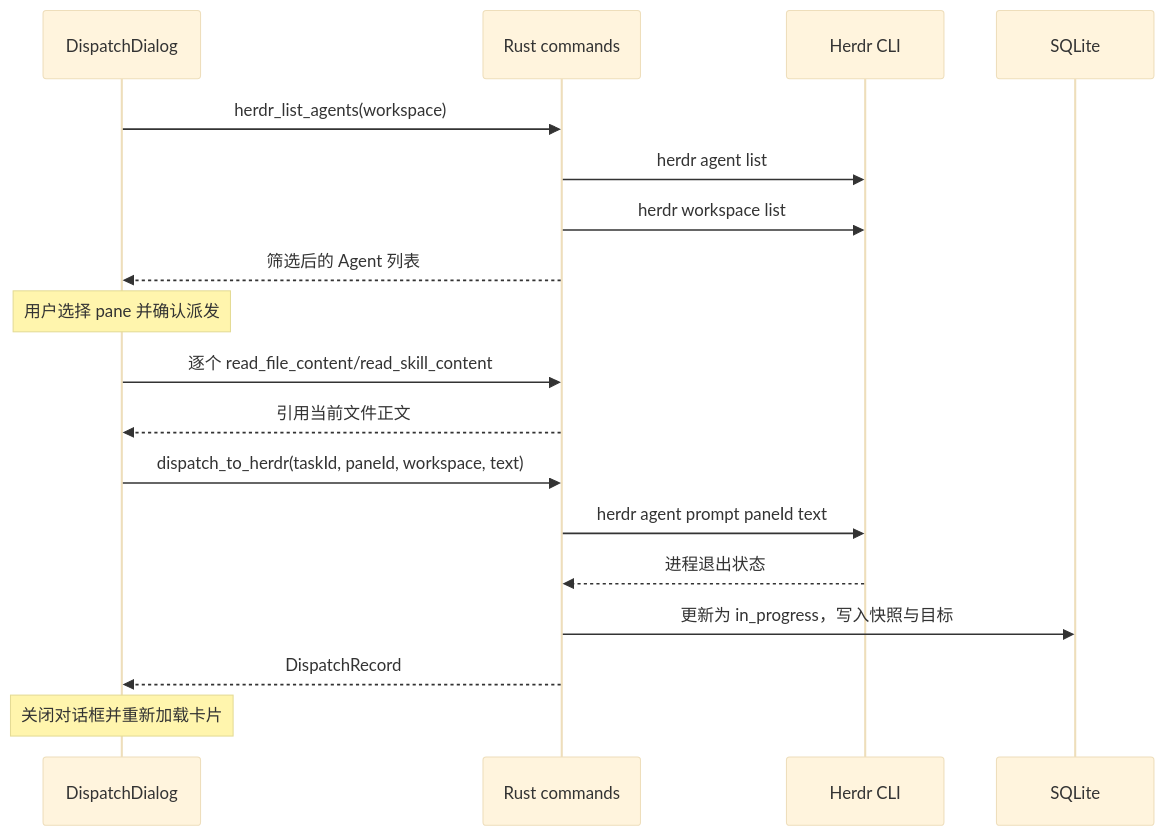
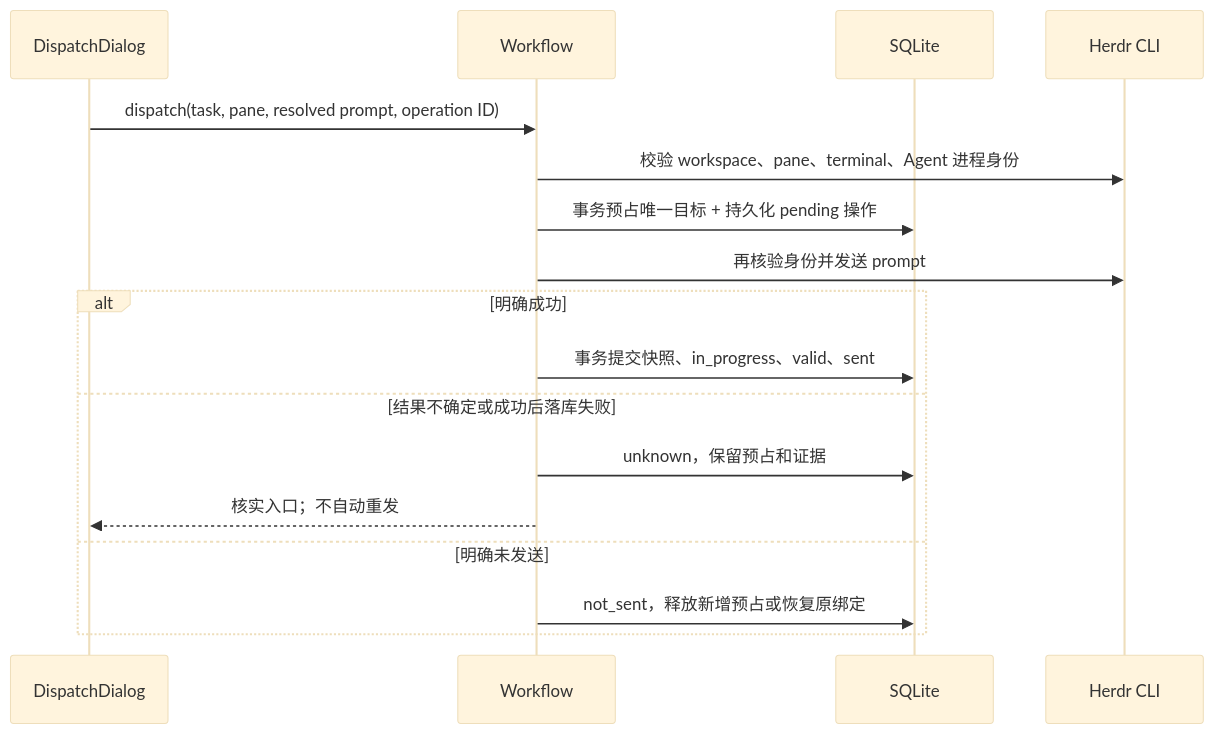
One commit to legendxcheng/ContextSwitcher changed the third of 3 diagrams in kanban_code_structure.md. Above: the diagram before and after it, drawn with Mermaid (base theme). The commit also changed other lines of this file and 29 other files, not shown here.

Commit message:
feat(kanban): bind tasks to exclusive Herdr panes and embed live terminal

````diff
--- a/kanban_code_structure.md
+++ b/kanban_code_structure.md
@@ -273,20 +295,19 @@
 ```mermaid
 sequenceDiagram
     participant UI as DispatchDialog
-    participant R as Rust commands
+    participant W as Workflow
+    participant DB as SQLite
     participant H as Herdr CLI
-    participant DB as SQLite
-    UI->>R: herdr_list_agents(workspace)
-    R->>H: herdr agent list
-    R->>H: herdr workspace list
-    R-->>UI: 筛选后的 Agent 列表
-    Note over UI: 用户选择 pane 并确认派发
-    UI->>R: 逐个 read_file_content/read_skill_content
-    R-->>UI: 引用当前文件正文
-    UI->>R: dispatch_to_herdr(taskId, paneId, workspace, text)
-    R->>H: herdr agent prompt paneId text
-    H-->>R: 进程退出状态
-    R->>DB: 更新为 in_progress，写入快照与目标
-    R-->>UI: DispatchRecord
-    Note over UI: 关闭对话框并重新加载卡片
+    UI->>W: dispatch(task, pane, resolved prompt, operation ID)
+    W->>H: 校验 workspace、pane、terminal、Agent 进程身份
+    W->>DB: 事务预占唯一目标 + 持久化 pending 操作
+    W->>H: 再核验身份并发送 prompt
+    alt 明确成功
+        W->>DB: 事务提交快照、in_progress、valid、sent
+    else 结果不确定或成功后落库失败
+        W->>DB: unknown，保留预占和证据
+        W-->>UI: 核实入口；不自动重发
+    else 明确未发送
+        W->>DB: not_sent，释放新增预占或恢复原绑定
+    end
 ```
````
